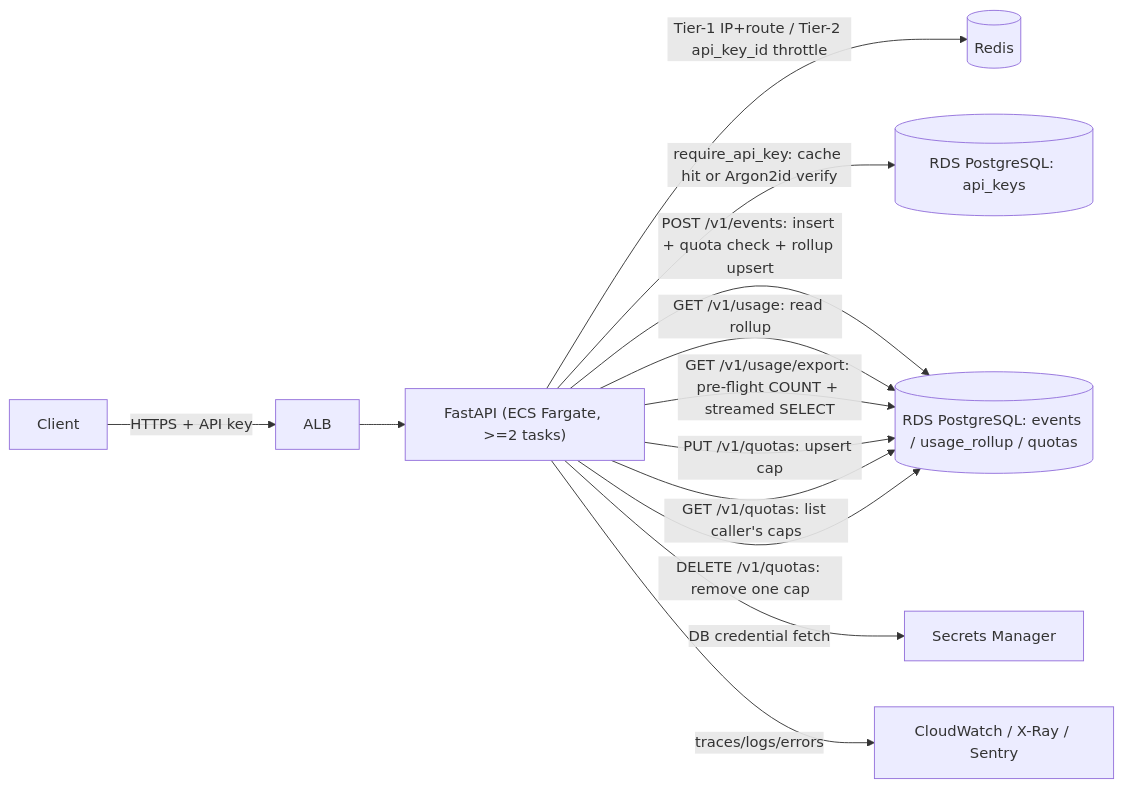
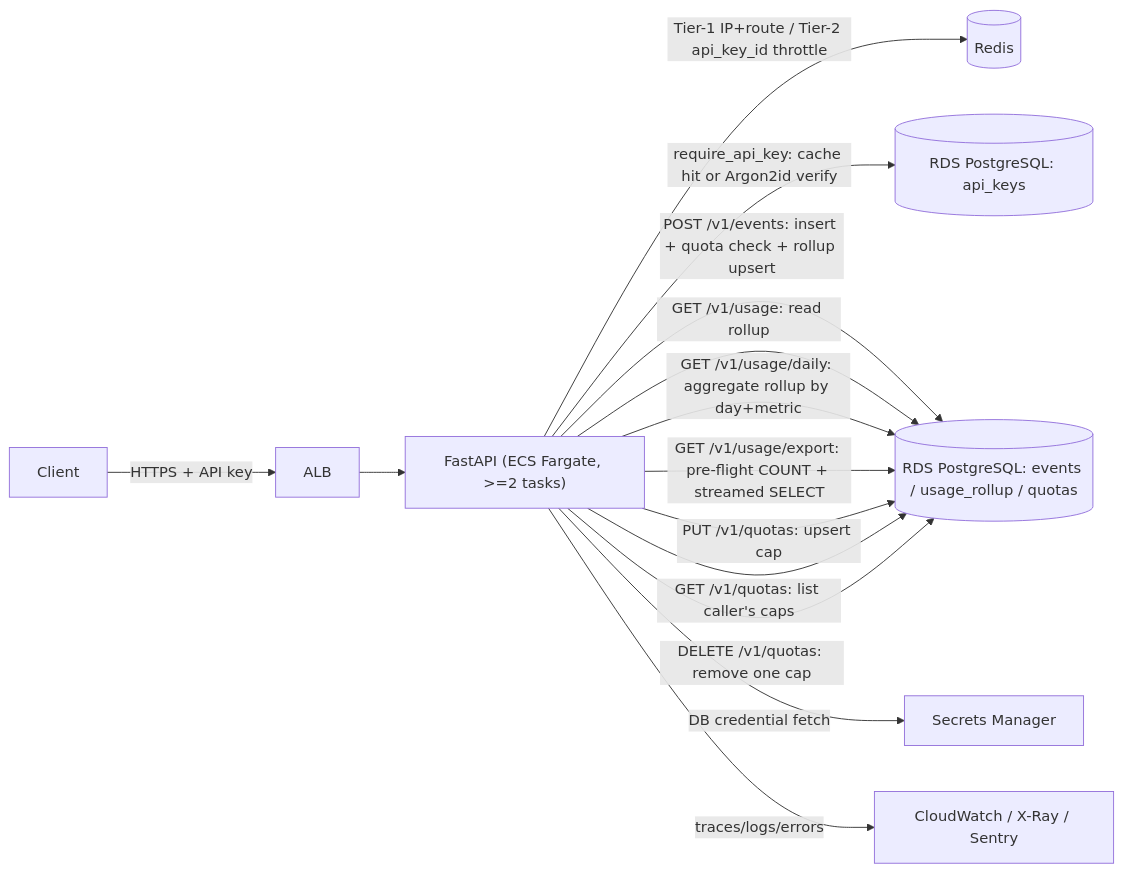
Before and after one commit to bretthinkle123/meterly-pipeline-test: the diagram in docs/system_architecture.md, drawn with Mermaid. The commit also changed other lines of this file and 25 other files, not shown here.

First line of the commit message:
Add GET /v1/usage/daily per-metric daily usage summary endpoint

````diff
--- a/docs/system_architecture.md
+++ b/docs/system_architecture.md
@@ -20,15 +20,16 @@
 ```mermaid
 flowchart LR
     Client[Client] -->|"HTTPS + API key"| ALB[ALB]
     ALB --> FastAPI["FastAPI (ECS Fargate, >=2 tasks)"]
     FastAPI -->|"Tier-1 IP+route / Tier-2 api_key_id throttle"| Redis[(Redis)]
     FastAPI -->|"require_api_key: cache hit or Argon2id verify"| AuthDB[(RDS PostgreSQL: api_keys)]
     FastAPI -->|"POST /v1/events: insert + quota check + rollup upsert"| EventsDB[(RDS PostgreSQL: events / usage_rollup / quotas)]
     FastAPI -->|"GET /v1/usage: read rollup"| EventsDB
+    FastAPI -->|"GET /v1/usage/daily: aggregate rollup by day+metric"| EventsDB
     FastAPI -->|"GET /v1/usage/export: pre-flight COUNT + streamed SELECT"| EventsDB
     FastAPI -->|"PUT /v1/quotas: upsert cap"| EventsDB
     FastAPI -->|"GET /v1/quotas: list caller's caps"| EventsDB
     FastAPI -->|"DELETE /v1/quotas: remove one cap"| EventsDB
     FastAPI -->|"DB credential fetch"| Secrets[Secrets Manager]
     FastAPI -->|"traces/logs/errors"| Observability["CloudWatch / X-Ray / Sentry"]
 ```
````
